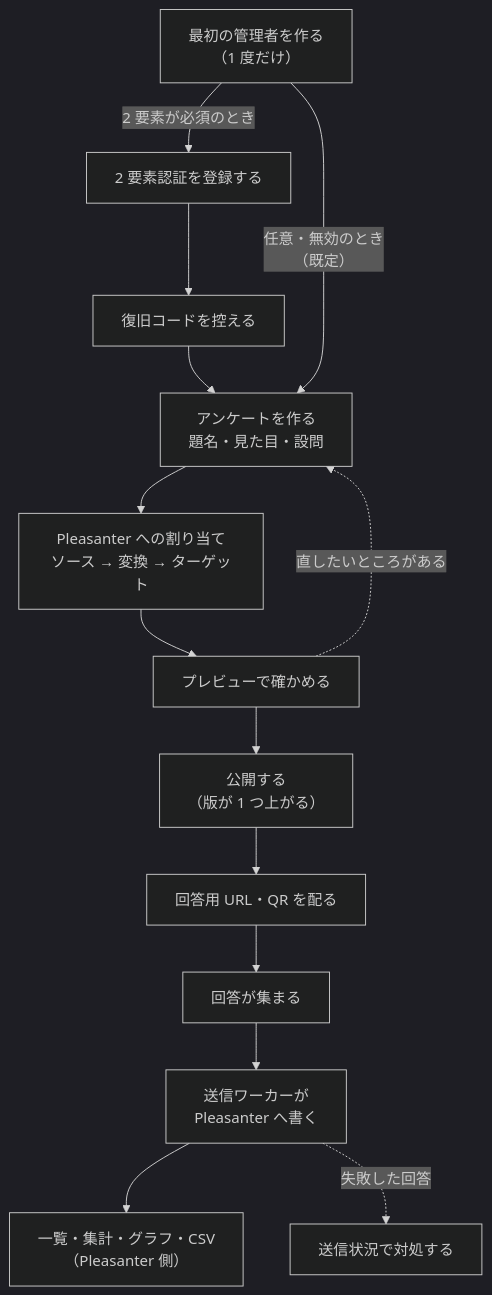
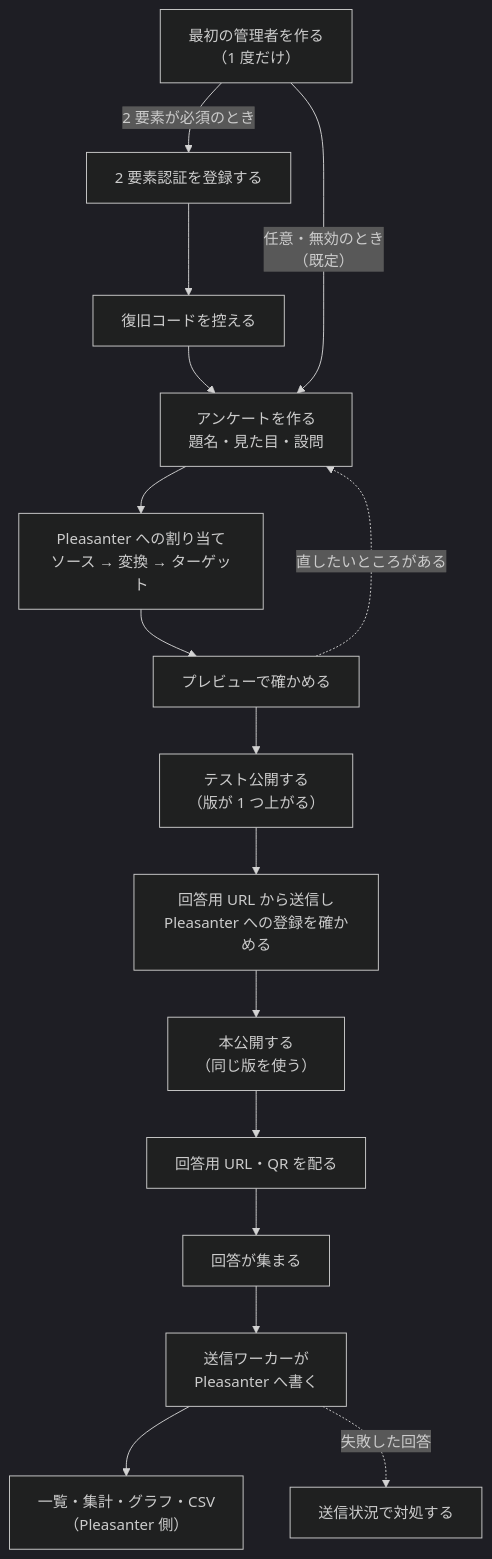
One commit to vehiclevisionjp/VehicleVision.PleasanterTools.Questionnaire changed the first of 2 diagrams in _documents/アンケート作成-運用手順書.md. Above: the diagram before and after it, drawn with Mermaid (dark theme). The commit also changed other lines of this file and 31 other files, not shown here.

````diff
--- a/_documents/アンケート作成-運用手順書.md
+++ b/_documents/アンケート作成-運用手順書.md
@@ -28,16 +28,18 @@
 ```mermaid
 flowchart TD
     A["最初の管理者を作る<br/>（1 度だけ）"] -->|2 要素が必須のとき| B["2 要素認証を登録する"]
     B --> C["復旧コードを控える"]
     C --> D["アンケートを作る<br/>題名・見た目・設問"]
     A -->|任意・無効のとき<br/>（既定）| D
     D --> E["Pleasanter への割り当て<br/>ソース → 変換 → ターゲット"]
     E --> F["プレビューで確かめる"]
-    F --> G["公開する<br/>（版が 1 つ上がる）"]
-    G --> H["回答用 URL・QR を配る"]
-    H --> I["回答が集まる"]
+    F --> G["テスト公開する<br/>（版が 1 つ上がる）"]
+    G --> H["回答用 URL から送信し<br/>Pleasanter への登録を確かめる"]
+    H --> M["本公開する<br/>（同じ版を使う）"]
+    M --> N["回答用 URL・QR を配る"]
+    N --> I["回答が集まる"]
     I --> J["送信ワーカーが<br/>Pleasanter へ書く"]
     J --> K["一覧・集計・グラフ・CSV<br/>（Pleasanter 側）"]
     F -.->|直したいところがある| D
     J -.->|失敗した回答| L["送信状況で対処する"]
 ```
````
